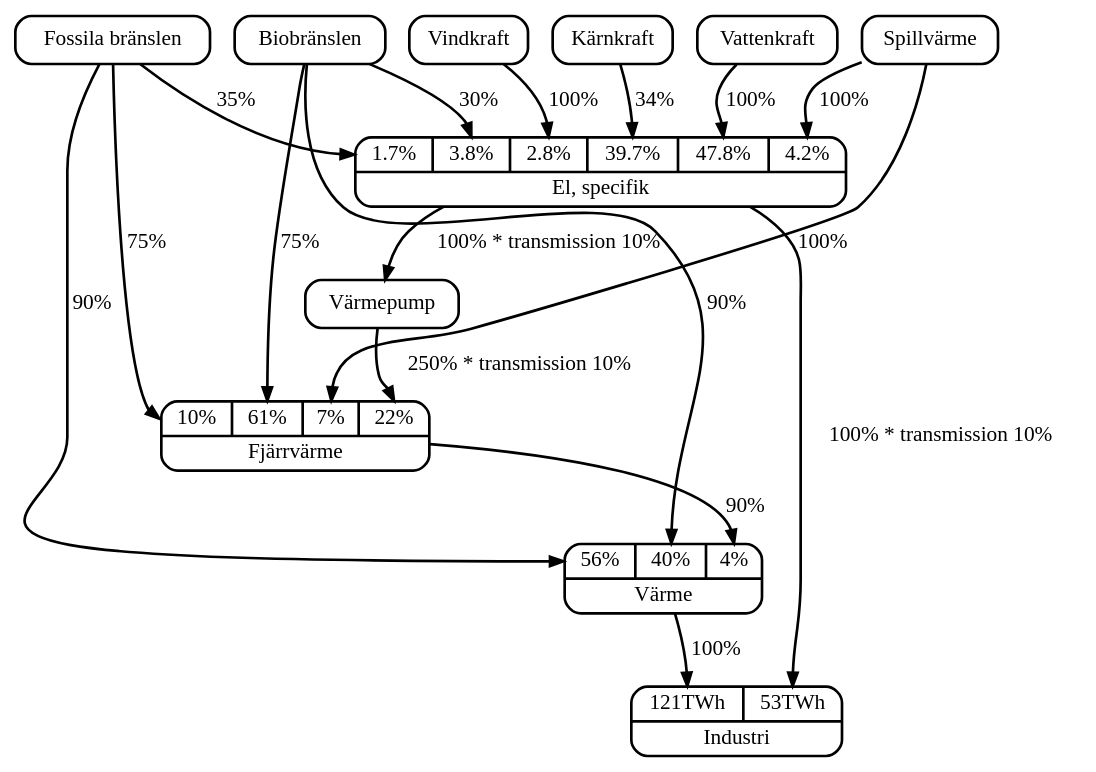
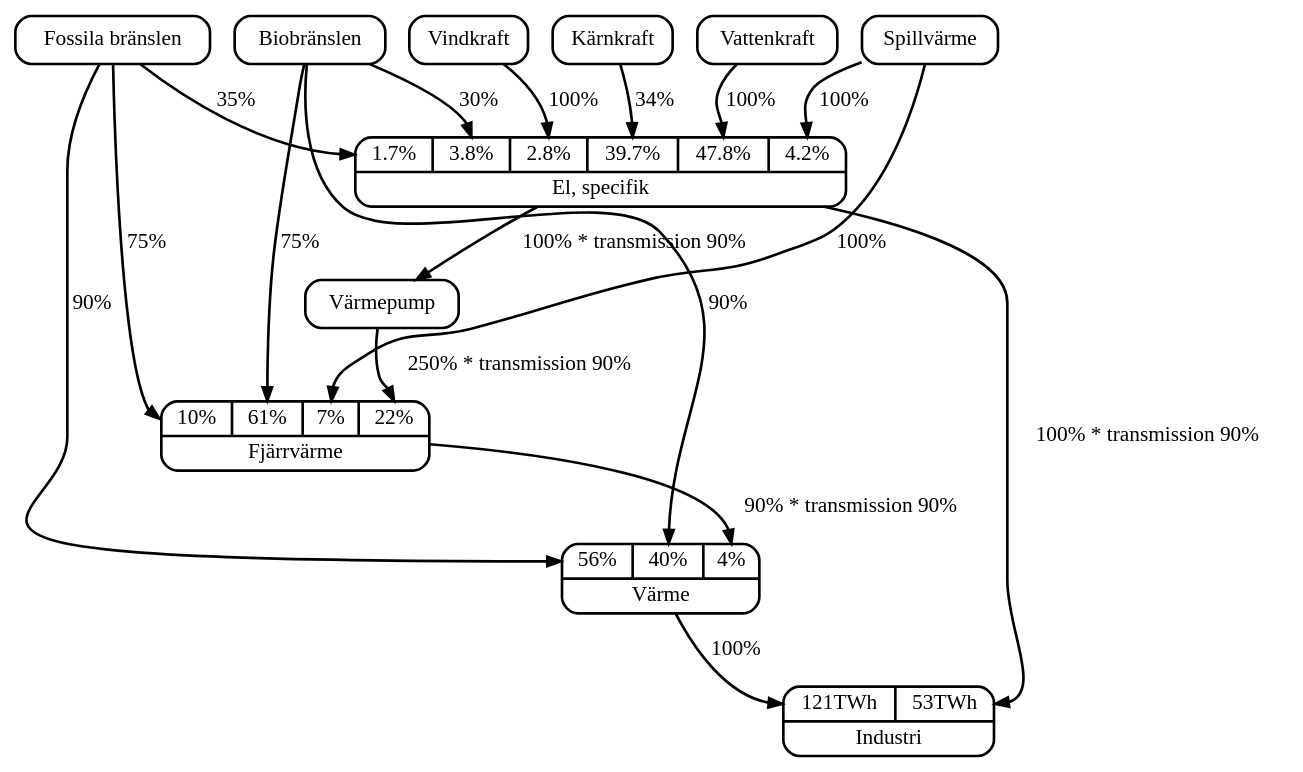
The diagram in report/industry.dot (Hagmar/ENM155-batman), drawn with Graphviz before and after one commit. The commit also changed 2 other files, not shown here.

Commit message:
Add transmission loss from district heating

```diff
--- a/report/industry.dot
+++ b/report/industry.dot
@@ -1,49 +1,49 @@
 digraph {
 	edge [fontname="Bitstream Vera Sans",
 		fontsize="16.00",
 		style="bold"]
 
 	node [fontname="Bitstream Vera Sans",
 		fontsize="16.00",
 		shape=Mrecord,
 		style="bold,filled",
 		fillcolor=white];
 	edge [style=bold];
 
 	subgraph industry {
 		fossil [label = "Fossila bränslen"];
 		bio [label = "Biobränslen"];
 		nuclear [label = "Kärnkraft"];
 		water [label = "Vattenkraft"];
 		wind [label = "Vindkraft"];
 		spill [label = "Spillvärme"];
 		pump [label = "Värmepump"];
 
 		district_heating [label = "{{<fossil> 10% | <bio> 61% | <spill> 7% | <pump> 22% } |Fjärrvärme}"];
 		el_spec [label = "{{<fossil> 1.7% | <bio> 3.8% | <wind> 2.8% | <nuclear> 39.7% | <water> 47.8% | <spill> 4.2% } | El, specifik}"];
 		heating [label = "{{<fossil> 56% | <bio> 40% | <district> 4%} |Värme}"];
 		industry [label = "{{<heating> 121TWh | <el_spec>53TWh} | Industri}"];
 
 
 		fossil -> district_heating:fossil [label = "75%"];
 		bio -> district_heating:bio [label = "75%"];
 		spill -> district_heating:spill [label = "100%"];
-		pump -> district_heating:pump [label = "250% * transmission 10%"];
+		pump -> district_heating:pump [label = "250% * transmission 90%"];
 
 		fossil -> heating:fossil [label = "90%"];
 		bio -> heating:bio [label = "90%"];
-		district_heating -> heating:district [label = "90%"];
+		district_heating -> heating:district [label = "90% * transmission 90%"];
 
 		heating -> industry:heating [label = "100%"];
 
 		fossil -> el_spec:fossil [label = "35%"];
 		bio -> el_spec:bio [label = "30%"];
 		wind -> el_spec:wind [label = "100%"];
 		nuclear -> el_spec:nuclear [label = "34%"];
 		water -> el_spec:water [label = "100%"];
 		spill -> el_spec:spill [label = "100%"];
 
-		el_spec -> pump [label = "100% * transmission 10%"];
-		el_spec -> industry:el_spec [label = "100% * transmission 10%"];
+		el_spec -> pump [label = "100% * transmission 90%"];
+		el_spec -> industry:el_spec [label = "100% * transmission 90%"];
 	}
 }
```
